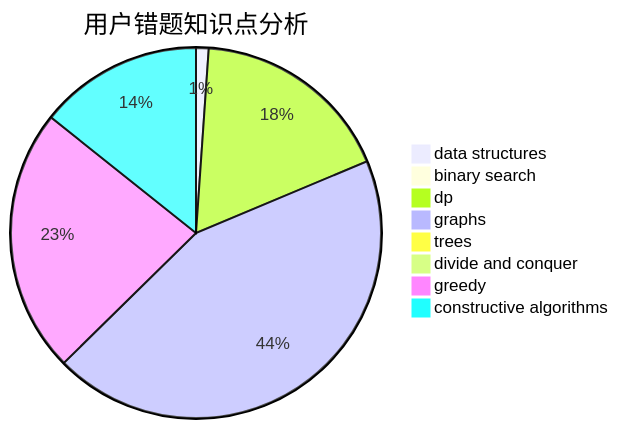
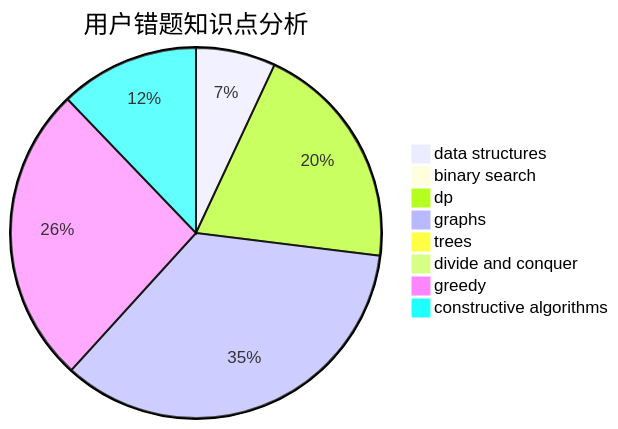
Before and after one commit to sherpahu/cfrs.github.io: the third of 3 diagrams in docs/user/u1247.md, drawn with Mermaid. The commit also changed other lines of this file and 2770 other files, not shown here.

````diff
--- a/docs/user/u1247.md
+++ b/docs/user/u1247.md
@@ -36,11 +36,11 @@
 ```mermaid
 pie title 用户错题知识点分析
-    "data structures" :  1
+    "data structures" :  8
     "binary search" :  0
-    "dp" :  16
+    "dp" :  23
     "graphs" :  40
     "trees" :  0
     "divide and conquer" :  0
-    "greedy" :  21
-    "constructive algorithms" :  13
+    "greedy" :  30
+    "constructive algorithms" :  14
 ```
````
